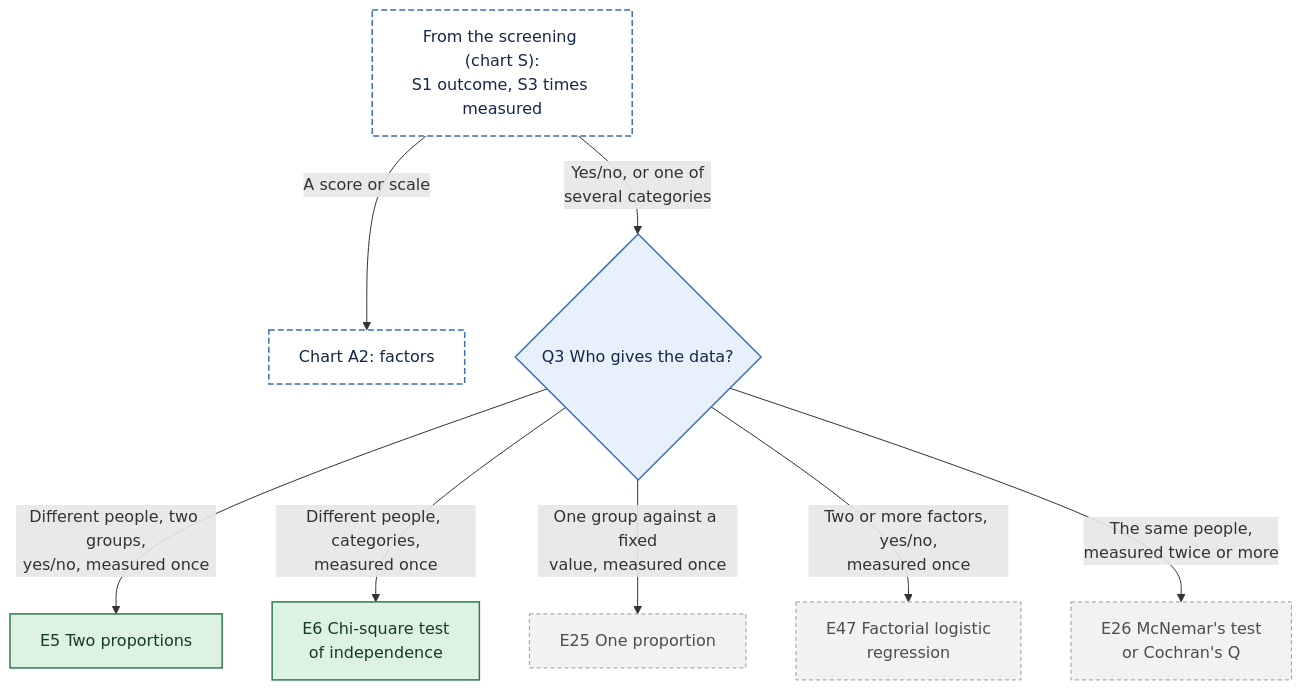
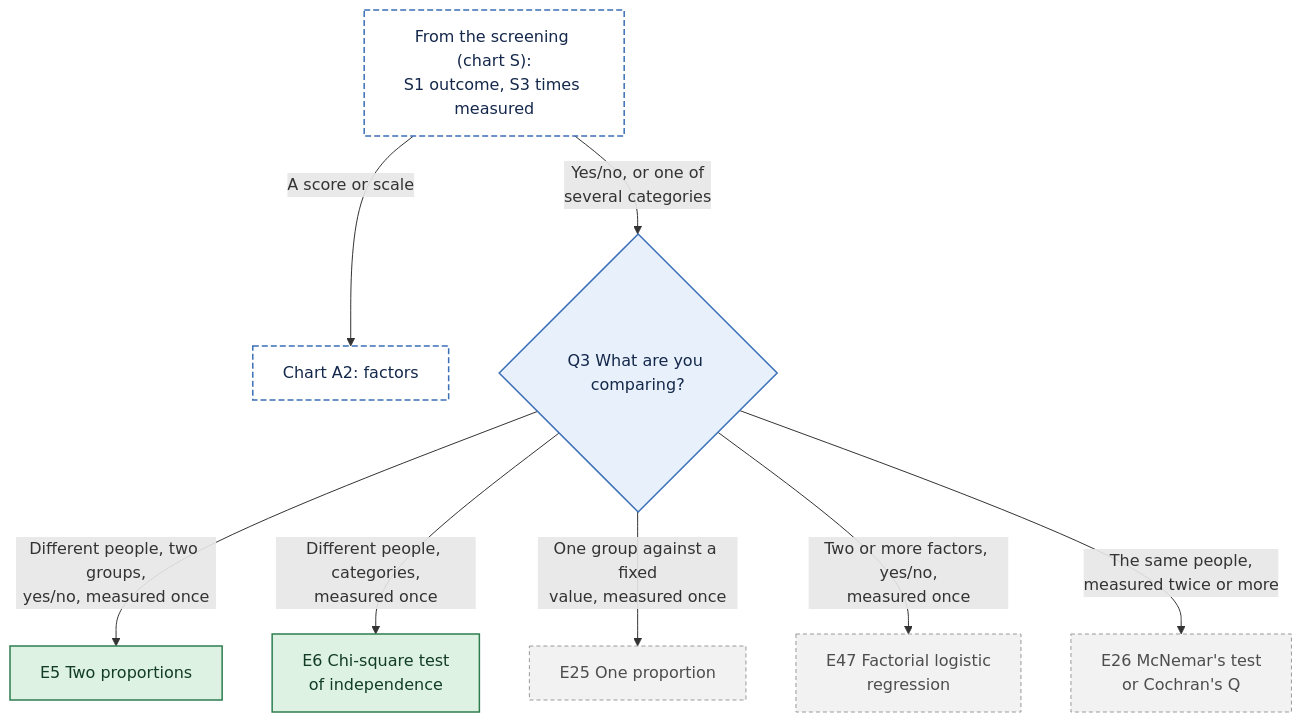
One commit to JoelThornton/Powerkit changed the third of 11 diagrams in docs/decision-tree.md. Above: the diagram before and after it, drawn with Mermaid. The commit also changed other lines of this file and 15 other files, not shown here.

````diff
--- a/docs/decision-tree.md
+++ b/docs/decision-tree.md
@@ -318,20 +318,20 @@
 ```mermaid
 flowchart TD
   S["From the screening (chart S):<br/>S1 outcome, S3 times measured"]
   S -->|A score or scale| A2["Chart A2: factors"]
-  S -->|Yes/no, or one of<br/>several categories| Q3y{"Q3 Who gives the data?"}
+  S -->|Yes/no, or one of<br/>several categories| Q3y{"Q3 What are you comparing?"}
   Q3y -->|Different people, two groups,<br/>yes/no, measured once| E5["E5 Two proportions"]
   Q3y -->|Different people, categories,<br/>measured once| E6["E6 Chi-square test<br/>of independence"]
   Q3y -->|One group against a fixed<br/>value, measured once| E25["E25 One proportion"]
   Q3y -->|Two or more factors, yes/no,<br/>measured once| E47["E47 Factorial logistic<br/>regression"]
   Q3y -->|The same people,<br/>measured twice or more| E26["E26 McNemar's test<br/>or Cochran's Q"]
   class Q3y q
   class E5,E6 avail
   class E25,E26,E47 later
   class S,A2 jump
   classDef q fill:#E8F0FB,stroke:#3B6FB6,color:#14284B,stroke-width:1.5px
   classDef avail fill:#DDF2E3,stroke:#2E7D4F,color:#123D24,stroke-width:1.5px
   classDef spec fill:#FFF0D1,stroke:#B97A00,color:#4A3200,stroke-width:1.5px
   classDef later fill:#F2F2F2,stroke:#9A9A9A,color:#4D4D4D,stroke-width:1px,stroke-dasharray:4 3
   classDef jump fill:#FFFFFF,stroke:#3B6FB6,color:#14284B,stroke-width:1.5px,stroke-dasharray:6 3
 ```
````
